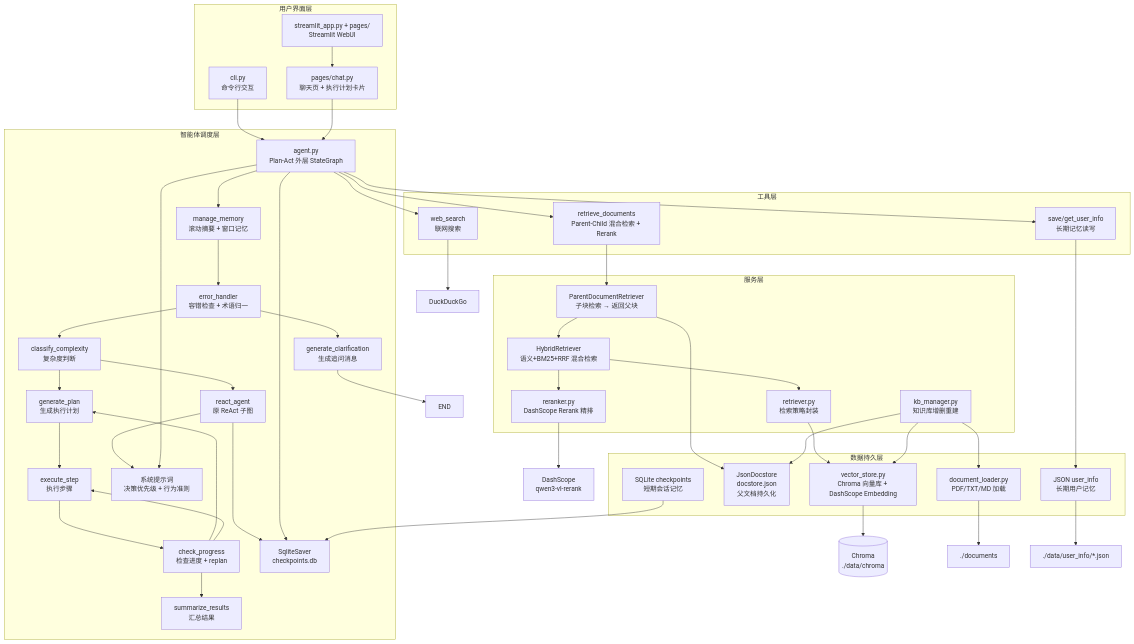
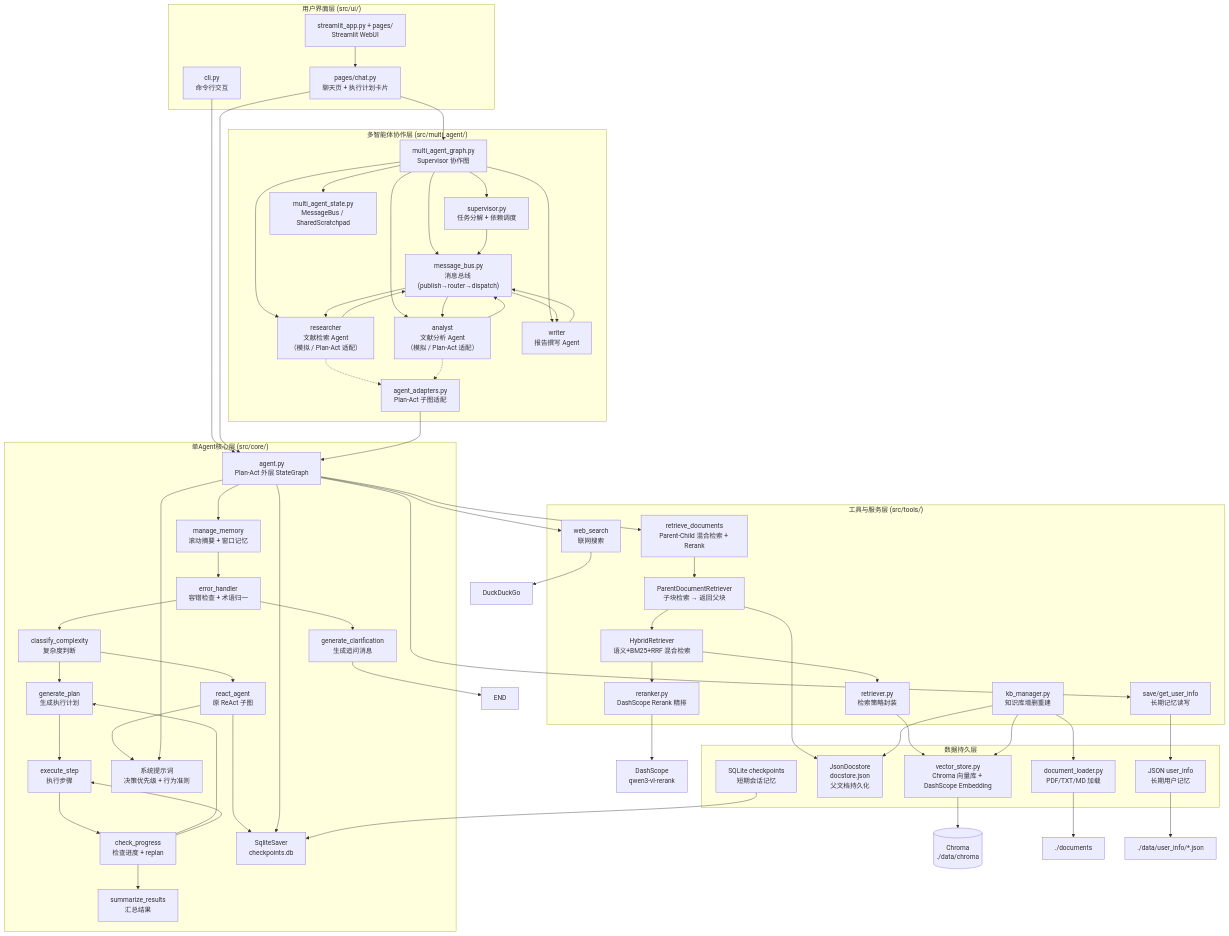
One commit to YZhiyou/3-Day-Agent changed the diagram in code-readme.md. Above: the diagram before and after it, drawn with Mermaid. The commit also changed other lines of this file and 3 other files, not shown here.

````diff
--- a/code-readme.md
+++ b/code-readme.md
@@ -697,12 +995,23 @@
 ```mermaid
 graph TB
-    subgraph UI["用户界面层"]
+    subgraph UI["用户界面层 (src/ui/)"]
         CLI["cli.py<br/>命令行交互"]
         WEB["streamlit_app.py + pages/<br/>Streamlit WebUI"]
         CHAT["pages/chat.py<br/>聊天页 + 执行计划卡片"]
     end
 
-    subgraph AGENT["智能体调度层"]
+    subgraph MULTI["多智能体协作层 (src/multi_agent/)"]
+        MULTI_GRAPH["multi_agent_graph.py<br/>Supervisor 协作图"]
+        SUPERVISOR["supervisor.py<br/>任务分解 + 依赖调度"]
+        MSG_BUS["message_bus.py<br/>消息总线 (publish→router→dispatch)"]
+        RESEARCHER["researcher<br/>文献检索 Agent<br/>（模拟 / Plan-Act 适配）"]
+        ANALYST["analyst<br/>文献分析 Agent<br/>（模拟 / Plan-Act 适配）"]
+        WRITER["writer<br/>报告撰写 Agent"]
+        ADAPTERS["agent_adapters.py<br/>Plan-Act 子图适配"]
+        M_STATE["multi_agent_state.py<br/>MessageBus / SharedScratchpad"]
+    end
+
+    subgraph AGENT["单Agent核心层 (src/core/)"]
         AGENT_CORE["agent.py<br/>Plan-Act 外层 StateGraph"]
         MEM_MGR["manage_memory<br/>滚动摘要 + 窗口记忆"]
         CLASSIFY["classify_complexity<br/>复杂度判断"]
@@ -717,13 +1026,10 @@
         CHECKPOINTER["SqliteSaver<br/>checkpoints.db"]
     end
 
-    subgraph TOOLS["工具层"]
+    subgraph TOOLS["工具与服务层 (src/tools/)"]
         RETRIEVE_DOC["retrieve_documents<br/>Parent-Child 混合检索 + Rerank"]
         USER_INFO["save/get_user_info<br/>长期记忆读写"]
         WEB_SEARCH["web_search<br/>联网搜索"]
-    end
-
-    subgraph SERVICE["服务层"]
         RETRIEVER["retriever.py<br/>检索策略封装"]
         RERANKER["reranker.py<br/>DashScope Rerank 精排"]
         HYBRID["HybridRetriever<br/>语义+BM25+RRF 混合检索"]
@@ -742,6 +1048,26 @@
     CLI --> AGENT_CORE
     WEB --> CHAT
     CHAT --> AGENT_CORE
+    CHAT --> MULTI_GRAPH
+
+    MULTI_GRAPH --> SUPERVISOR
+    MULTI_GRAPH --> MSG_BUS
+    MULTI_GRAPH --> RESEARCHER
+    MULTI_GRAPH --> ANALYST
+    MULTI_GRAPH --> WRITER
+    MULTI_GRAPH --> M_STATE
+    SUPERVISOR --> MSG_BUS
+    MSG_BUS --> RESEARCHER
+    MSG_BUS --> ANALYST
+    MSG_BUS --> WRITER
+    RESEARCHER --> MSG_BUS
+    ANALYST --> MSG_BUS
+    WRITER --> MSG_BUS
+
+    ADAPTERS --> AGENT_CORE
+    RESEARCHER -.-> ADAPTERS
+    ANALYST -.-> ADAPTERS
+
     AGENT_CORE --> MEM_MGR
     MEM_MGR --> ERROR_H
     ERROR_H --> GEN_CLAR
````
